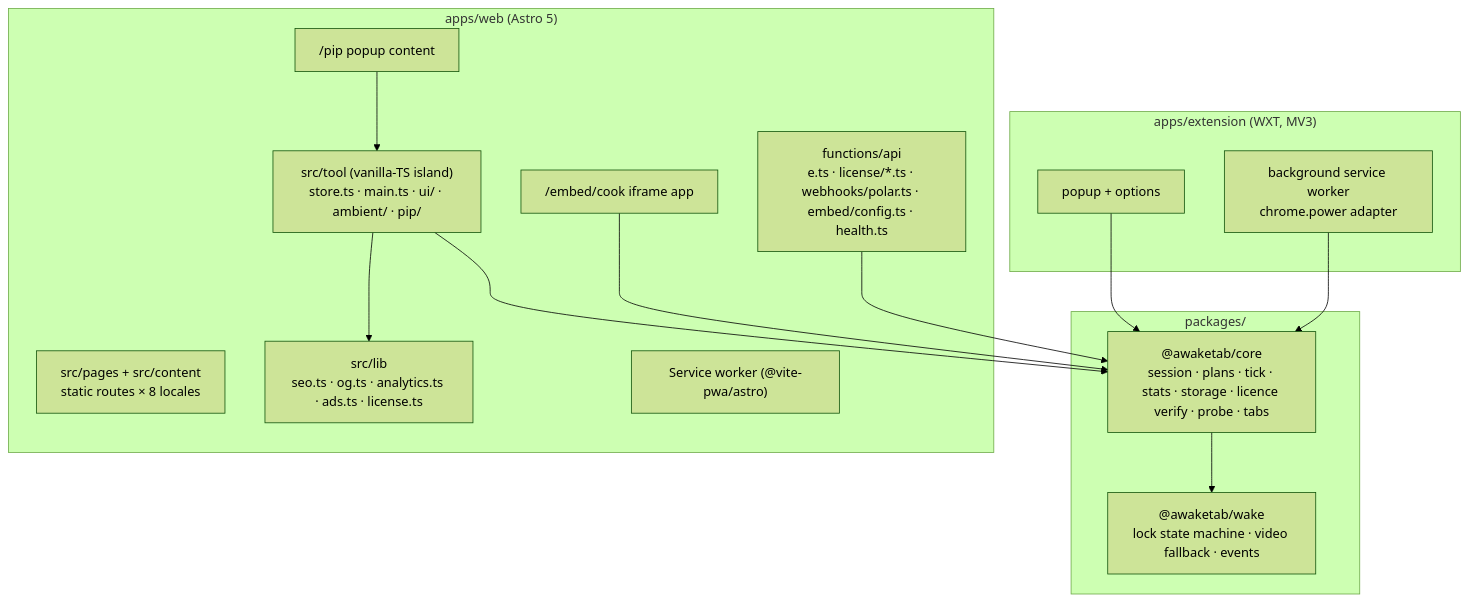
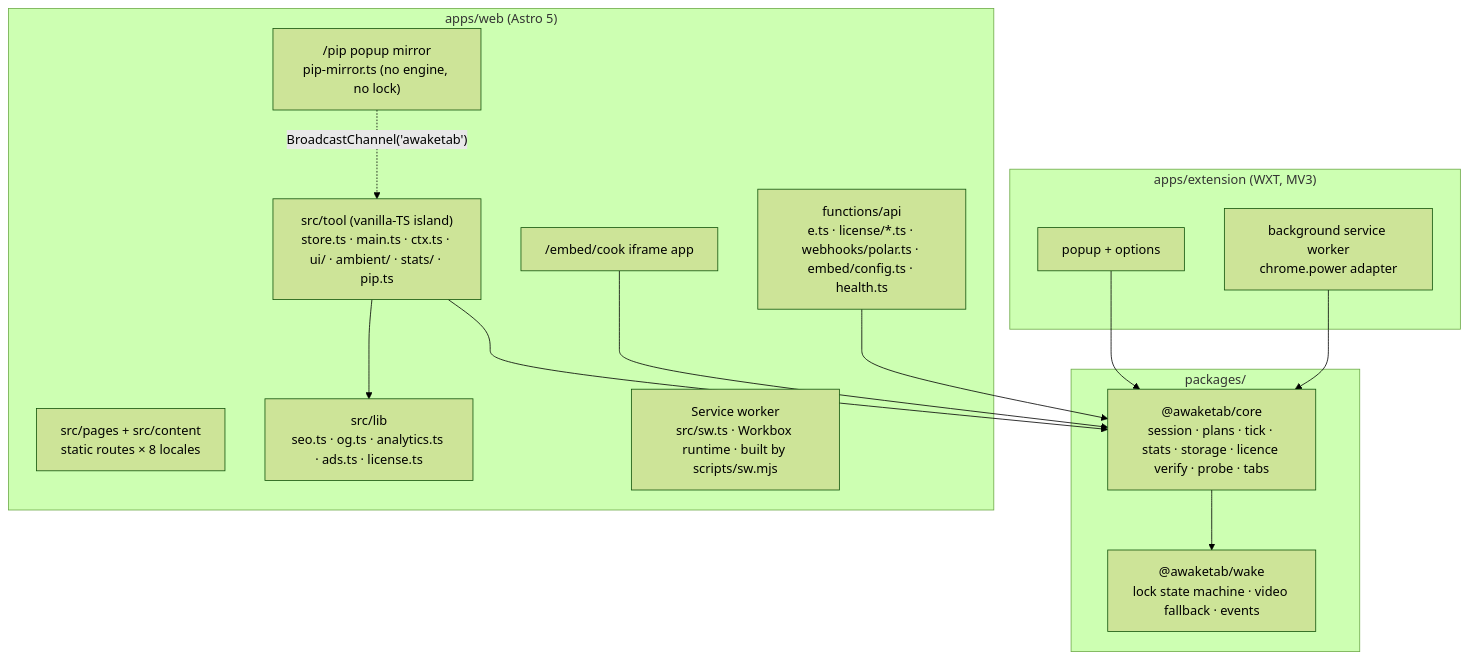
The second of 5 diagrams in docs/03-architecture.md (SoubhikBiswas-gitHub/awaketab), drawn with Mermaid (forest theme) before and after one commit. The commit also changed other lines of this file and 8 other files, not shown here.

Commit message:
docs: engagement layer conventions, service-worker decision, specs and build state

````diff
--- a/docs/03-architecture.md
+++ b/docs/03-architecture.md
@@ -70,28 +70,28 @@
 ```mermaid
 flowchart TB
   subgraph packages["packages/"]
     wake["@awaketab/wake<br/>lock state machine · video fallback · events"]
     core["@awaketab/core<br/>session · plans · tick · stats · storage · licence verify · probe · tabs"]
   end
   subgraph web["apps/web (Astro 5)"]
     pagesDir["src/pages + src/content<br/>static routes × 8 locales"]
-    island["src/tool (vanilla-TS island)<br/>store.ts · main.ts · ui/ · ambient/ · pip/"]
+    island["src/tool (vanilla-TS island)<br/>store.ts · main.ts · ctx.ts · ui/ · ambient/ · stats/ · pip.ts"]
     embedApp["/embed/cook iframe app"]
-    pipPage["/pip popup content"]
+    pipPage["/pip popup mirror<br/>pip-mirror.ts (no engine, no lock)"]
     lib["src/lib<br/>seo.ts · og.ts · analytics.ts · ads.ts · license.ts"]
-    sw["Service worker (@vite-pwa/astro)"]
+    sw["Service worker<br/>src/sw.ts · Workbox runtime · built by scripts/sw.mjs"]
     fns["functions/api<br/>e.ts · license/*.ts · webhooks/polar.ts · embed/config.ts · health.ts"]
   end
   subgraph ext["apps/extension (WXT, MV3)"]
     bg["background service worker<br/>chrome.power adapter"]
     popup["popup + options"]
   end
   core --> wake
   island --> core
   embedApp --> core
-  pipPage --> island
+  pipPage -. "BroadcastChannel('awaketab')" .-> island
   popup --> core
   bg --> core
   fns --> core
   island --> lib
 ```
````
